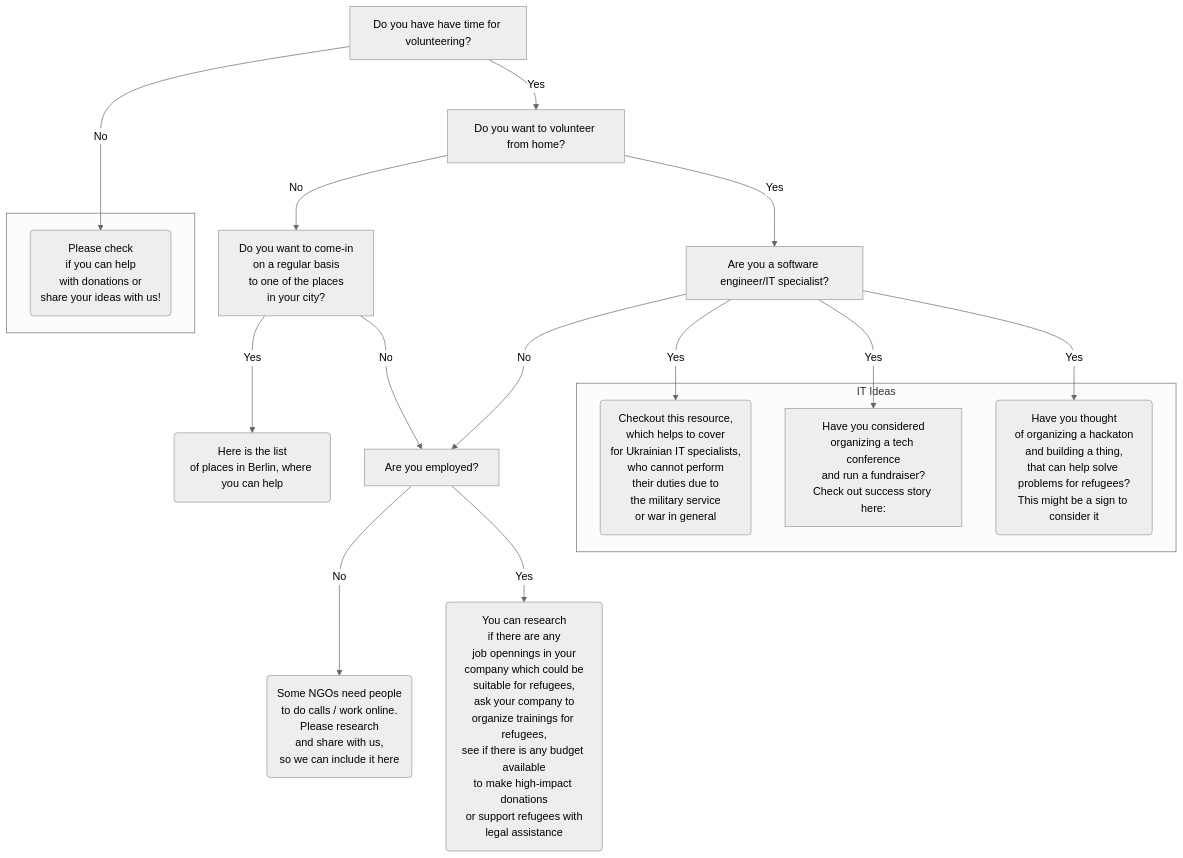
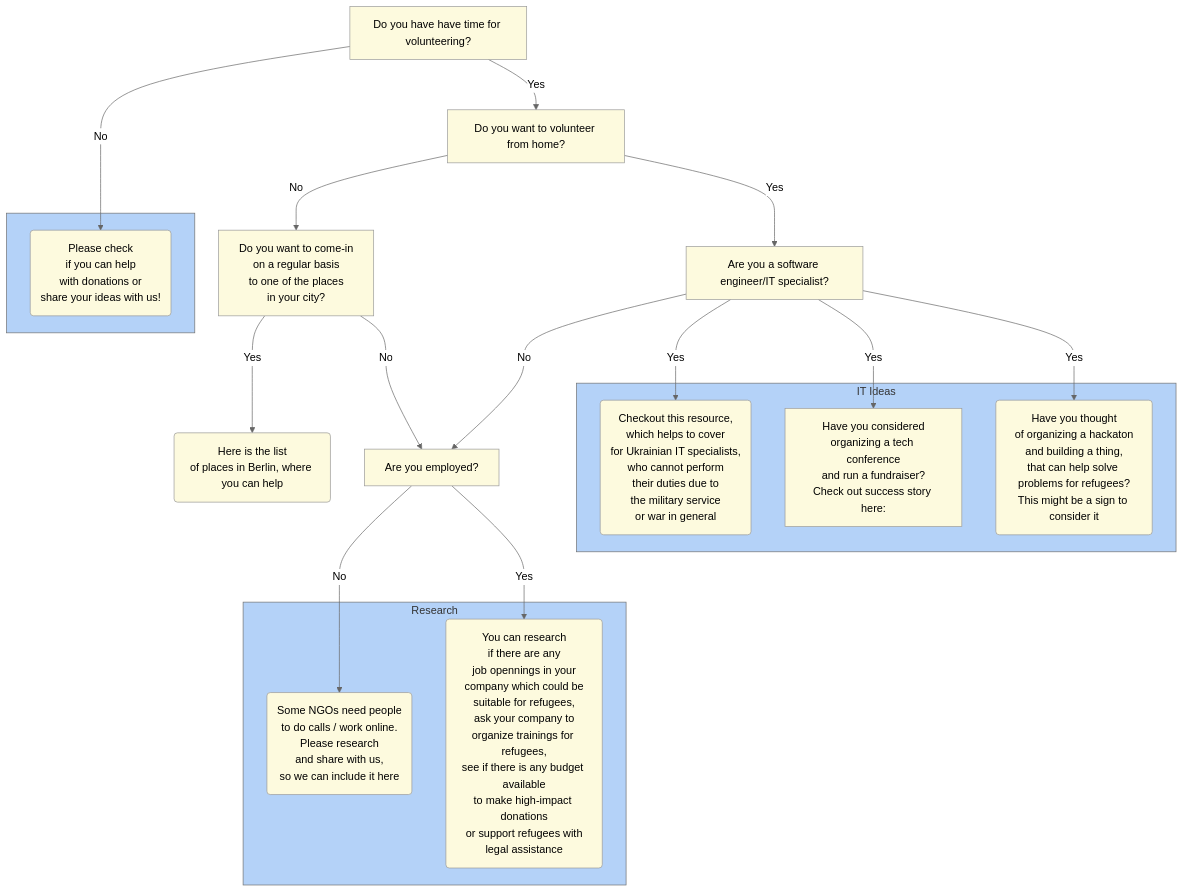
One commit to o-levchenko/publications changed the first of 2 diagrams in volunteer_chart/volunteer.md. Above: the diagram before and after it, drawn with Mermaid.

Commit message:
Added some themeing

````diff
--- a/volunteer_chart/volunteer.md
+++ b/volunteer_chart/volunteer.md
@@ -1,24 +1,31 @@
 ```mermaid
-%%{init: {'theme':'neutral'}}%%
+%%{init: {'theme':'neutral', 'themeVariables': { 
+'clusterBkg': '#b4d2f8', 
+'mainBkg': '#fdfade'
+}}}%%
 flowchart TD;
     A[Do you have have time for volunteering?] ---> |No| W(Please check<br/>if you can help<br/>with donations or<br/>share your ideas with us!)
     A -->|Yes| K[Do you want to volunteer from home?]
     K -->|No| L[Do you want to come-in<br/>on a regular basis<br/>to one of the places<br/>in your city?]
     L -->|Yes| Q(Here is the list<br/>of places in Berlin, where you can help)
     L -->|No| M[Are you employed?]
     M -->|No| R(Some NGOs need people<br/>to do calls / work online.<br/>Please research <br/>and share with us,<br/>so we can include it here)
     M -->|Yes| S(You can research<br/>if there are any<br/>job opennings in your<br/>company which could be<br/>suitable for refugees,<br/>ask your company to<br/>organize trainings for refugees,<br/>see if there is any budget available<br/>to make high-impact donations<br/>or support refugees with<br/>legal assistance)
     K -->|Yes| N[Are you a software engineer/IT specialist?]
     N -->|No| M
     N -->|Yes| T(Checkout this resource,<br/>which helps to cover<br/>for Ukrainian IT specialists,<br/>who cannot perform<br/>their duties due to<br/>the military service<br/>or war in general)
     N -->|Yes| O[Have you considered<br/>organizing a tech conference<br/>and run a fundraiser?<br/>Check out success story here: ]
     N -->|Yes| U(Have you thought<br/>of organizing a hackaton<br/>and building a thing,<br/>that can help solve problems for refugees?<br/>This might be a sign to consider it)
     subgraph IT Ideas
         T
         O
         U
     end
     subgraph  
         W
     end
+    subgraph Research
+        R
+        S
+    end
 ```
````
